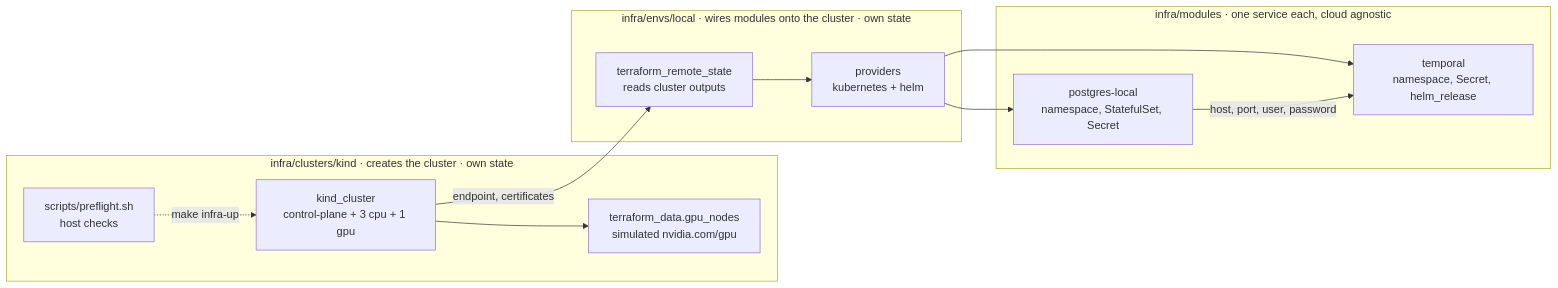
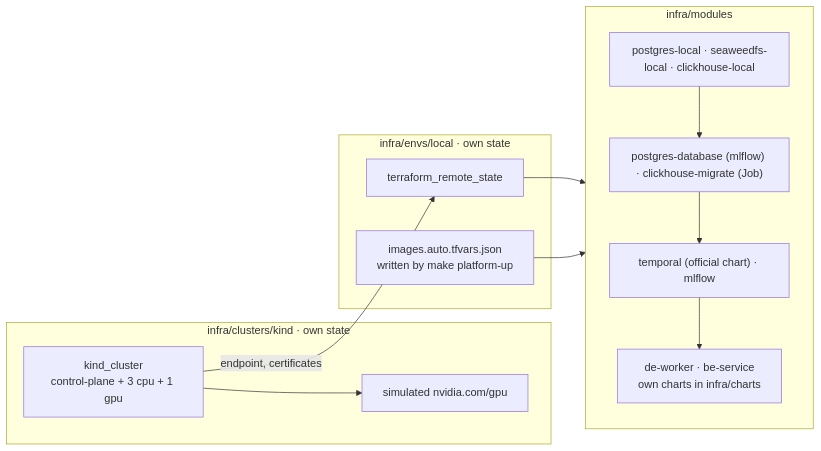
The second of 2 diagrams in README.md (Rune28/ml-golden-stack), drawn with Mermaid before and after one commit. The commit also changed other lines of this file and 101 other files, not shown here.

````diff
--- a/README.md
+++ b/README.md
@@ -83,26 +72,25 @@
 ```mermaid
 flowchart LR
-    subgraph c["infra/clusters/kind · creates the cluster · own state"]
-        pre["scripts/preflight.sh<br/>host checks"]
+    subgraph c["infra/clusters/kind · own state"]
         kindc["kind_cluster<br/>control-plane + 3 cpu + 1 gpu"]
-        gpun["terraform_data.gpu_nodes<br/>simulated nvidia.com/gpu"]
+        gpun["simulated nvidia.com/gpu"]
     end
 
-    subgraph e["infra/envs/local · wires modules onto the cluster · own state"]
-        rs["terraform_remote_state<br/>reads cluster outputs"]
-        prov["providers<br/>kubernetes + helm"]
+    subgraph e["infra/envs/local · own state"]
+        rs["terraform_remote_state"]
+        imgs["images.auto.tfvars.json<br/>written by make platform-up"]
     end
 
-    subgraph m["infra/modules · one service each, cloud agnostic"]
-        mpg["postgres-local<br/>namespace, StatefulSet, Secret"]
-        mt["temporal<br/>namespace, Secret, helm_release"]
+    subgraph m["infra/modules"]
+        direction TB
+        data["postgres-local · seaweedfs-local · clickhouse-local"]
+        schema["postgres-database (mlflow) · clickhouse-migrate (Job)"]
+        svc["temporal (official chart) · mlflow"]
+        apps["de-worker · be-service<br/>own charts in infra/charts"]
     end
 
-    pre -. "make infra-up" .-> kindc
     kindc --> gpun
     kindc -- "endpoint, certificates" --> rs
-    rs --> prov
-    prov --> mpg
-    prov --> mt
-    mpg -- "host, port, user, password" --> mt
+    rs --> data --> schema --> svc --> apps
+    imgs --> apps
 ```
````
